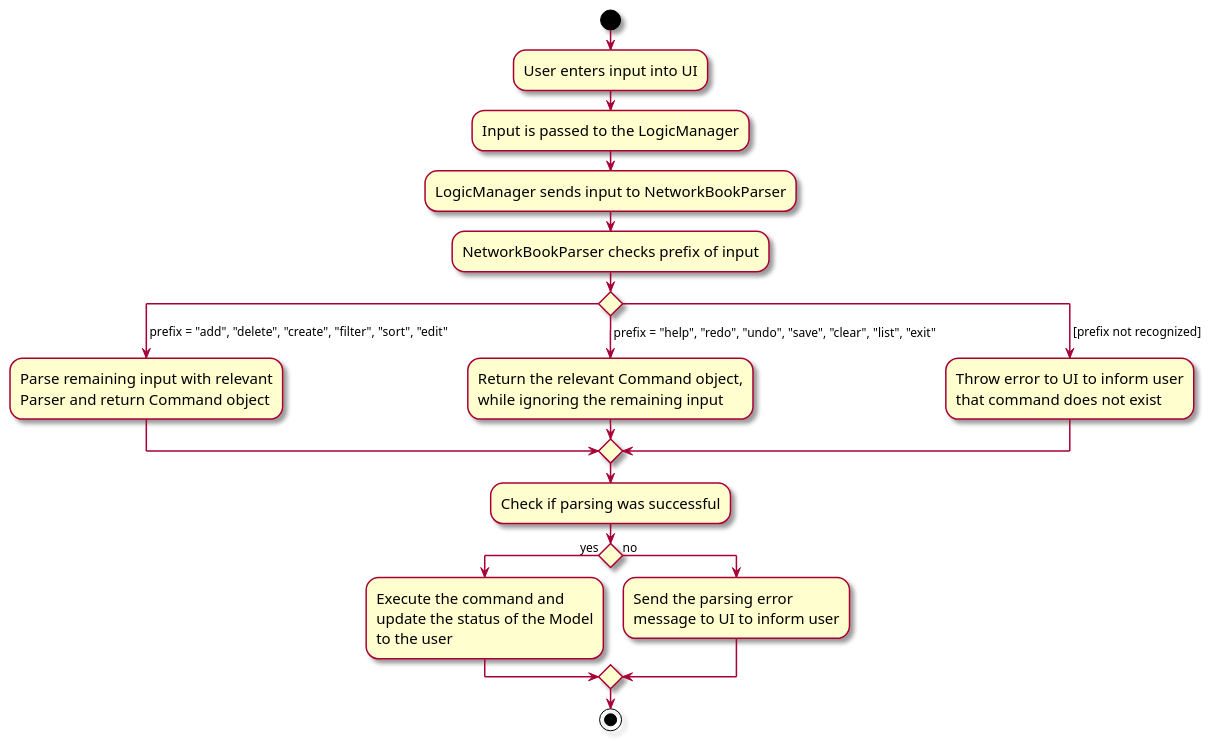
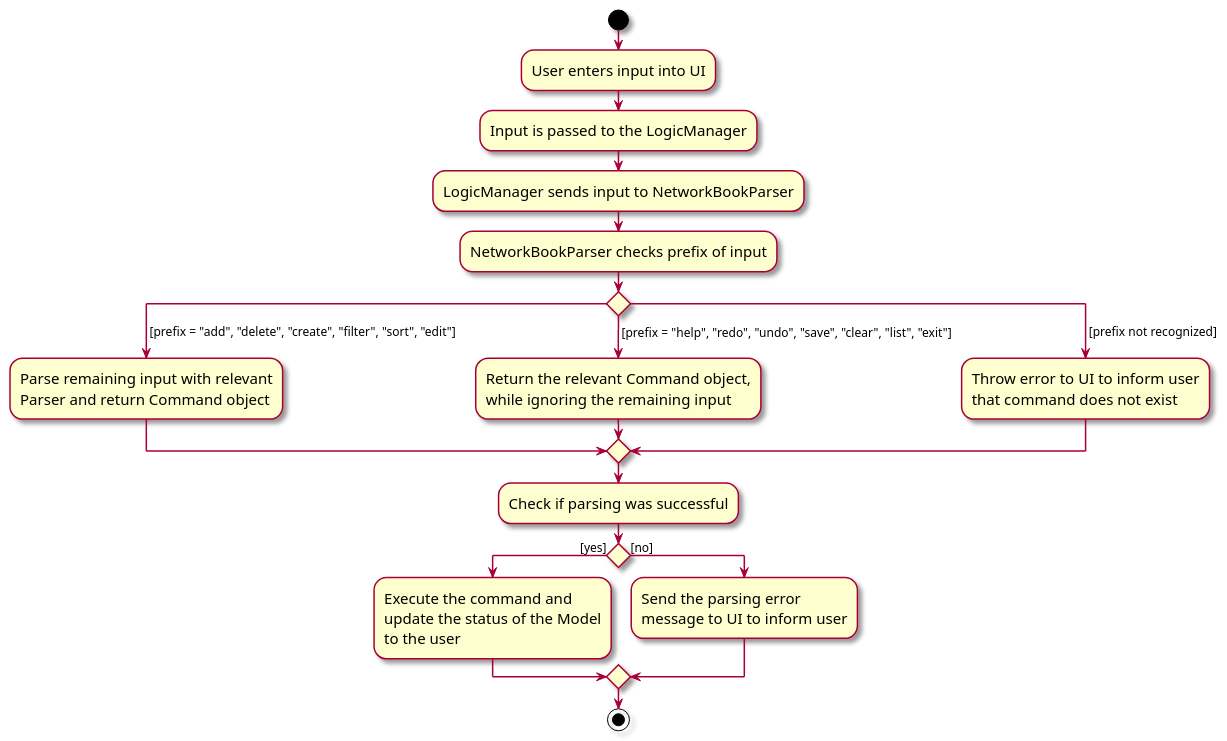
One commit to nus-cs2103-AY2324S1/tp changed the diagram in docs/diagrams/AddressBookParser.puml. Above: the diagram before and after it, drawn with PlantUML. The commit also changed 1 other file, not shown here.

```diff
--- a/docs/diagrams/AddressBookParser.puml
+++ b/docs/diagrams/AddressBookParser.puml
@@ -1,37 +1,37 @@
 @startuml
 skin rose
 skinparam ActivityFontSize 15
 skinparam ArrowFontSize 12
 start
 :User enters input into UI;
 :Input is passed to the LogicManager;
 :LogicManager sends input to NetworkBookParser;
 :NetworkBookParser checks prefix of input;
 
 'Since the beta syntax does not support placing the condition outside the
 'diamond we place it as the true branch instead.
 
 switch ()
-case ( prefix = "add", "delete", "create", "filter", "sort", "edit")
+case ( [prefix = "add", "delete", "create", "filter", "sort", "edit"])
     :Parse remaining input with relevant
     Parser and return Command object;
-case ( prefix = "help", "redo", "undo", "save", "clear", "list", "exit")
+case ( [prefix = "help", "redo", "undo", "save", "clear", "list", "exit"])
     :Return the relevant Command object,
     while ignoring the remaining input;
 case ( [prefix not recognized])
     :Throw error to UI to inform user
     that command does not exist;
 endswitch
 
 :Check if parsing was successful;
 
-if () is (yes) then
+if () is ([yes]) then
   :Execute the command and
   update the status of the Model
   to the user;
-else (no)
+else ([no])
   :Send the parsing error
   message to UI to inform user;
 endif
 stop
 @enduml
```
